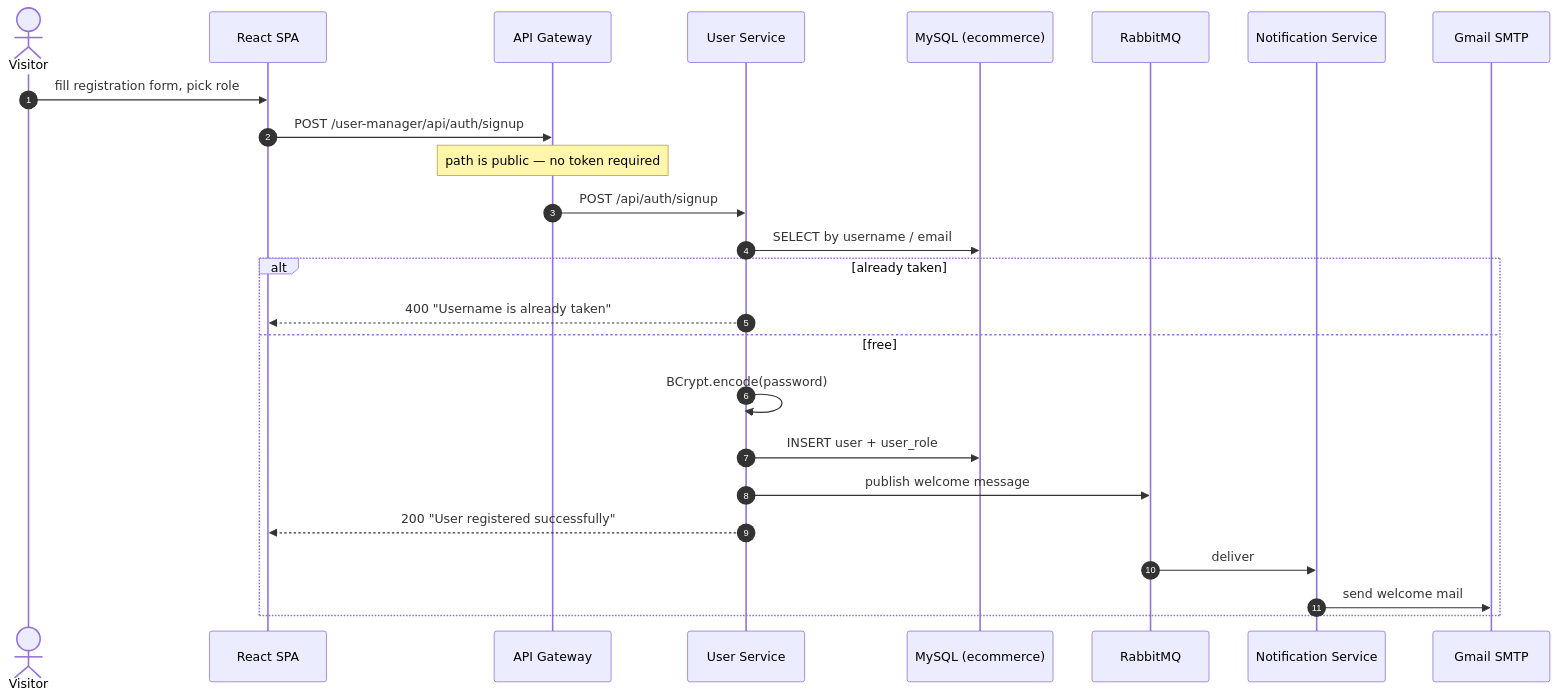
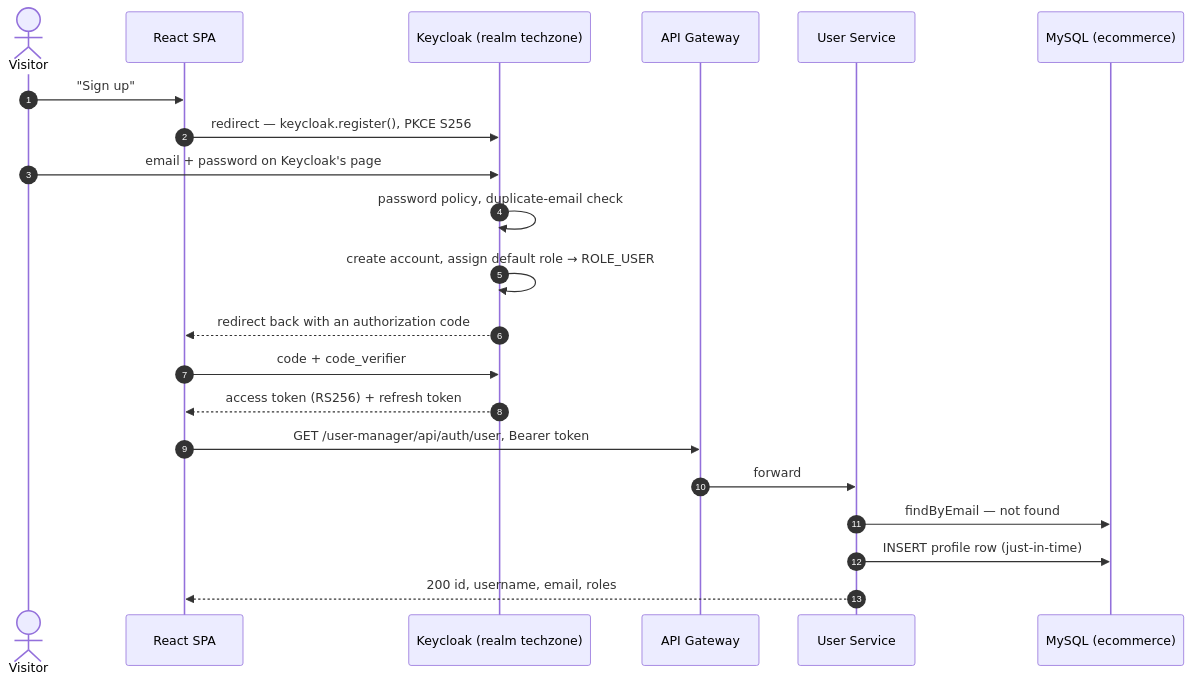
Before and after one commit to thaivanlam/Techzone-laptop-project: the first of 6 diagrams in docs/architecture/uml-behaviour.md, drawn with Mermaid. The commit also changed other lines of this file and 60 other files, not shown here.

````diff
--- a/docs/architecture/uml-behaviour.md
+++ b/docs/architecture/uml-behaviour.md
@@ -28,28 +28,24 @@
 ```mermaid
 sequenceDiagram
     autonumber
     actor V as Visitor
     participant SPA as React SPA
+    participant KC as Keycloak (realm techzone)
     participant GW as API Gateway
     participant US as User Service
     participant DB as MySQL (ecommerce)
-    participant MQ as RabbitMQ
-    participant NS as Notification Service
-    participant SMTP as Gmail SMTP
 
-    V->>SPA: fill registration form, pick role
-    SPA->>GW: POST /user-manager/api/auth/signup
-    Note over GW: path is public — no token required
-    GW->>US: POST /api/auth/signup
-    US->>DB: SELECT by username / email
-    alt already taken
-        US-->>SPA: 400 "Username is already taken"
-    else free
-        US->>US: BCrypt.encode(password)
-        US->>DB: INSERT user + user_role
-        US->>MQ: publish welcome message
-        US-->>SPA: 200 "User registered successfully"
-        MQ->>NS: deliver
-        NS->>SMTP: send welcome mail
-    end
+    V->>SPA: "Sign up"
+    SPA->>KC: redirect — keycloak.register(), PKCE S256
+    V->>KC: email + password on Keycloak's page
+    KC->>KC: password policy, duplicate-email check
+    KC->>KC: create account, assign default role → ROLE_USER
+    KC-->>SPA: redirect back with an authorization code
+    SPA->>KC: code + code_verifier
+    KC-->>SPA: access token (RS256) + refresh token
+    SPA->>GW: GET /user-manager/api/auth/user, Bearer token
+    GW->>US: forward
+    US->>DB: findByEmail — not found
+    US->>DB: INSERT profile row (just-in-time)
+    US-->>SPA: 200 id, username, email, roles
 ```
````
